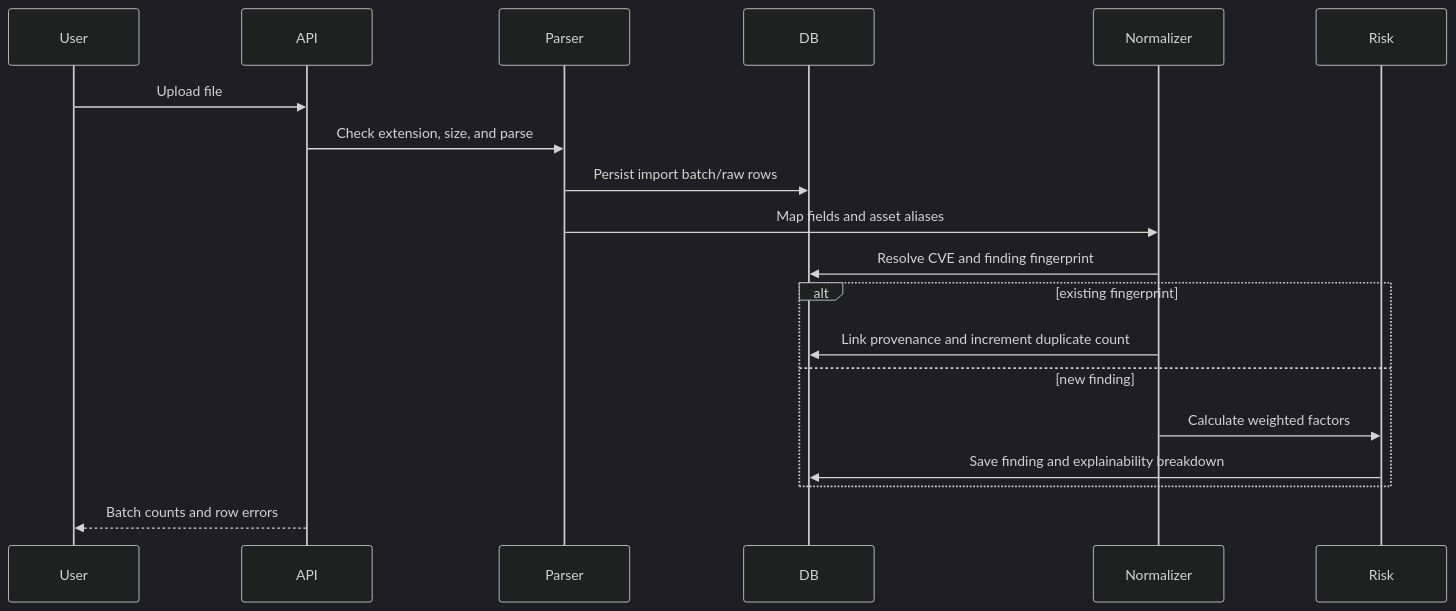
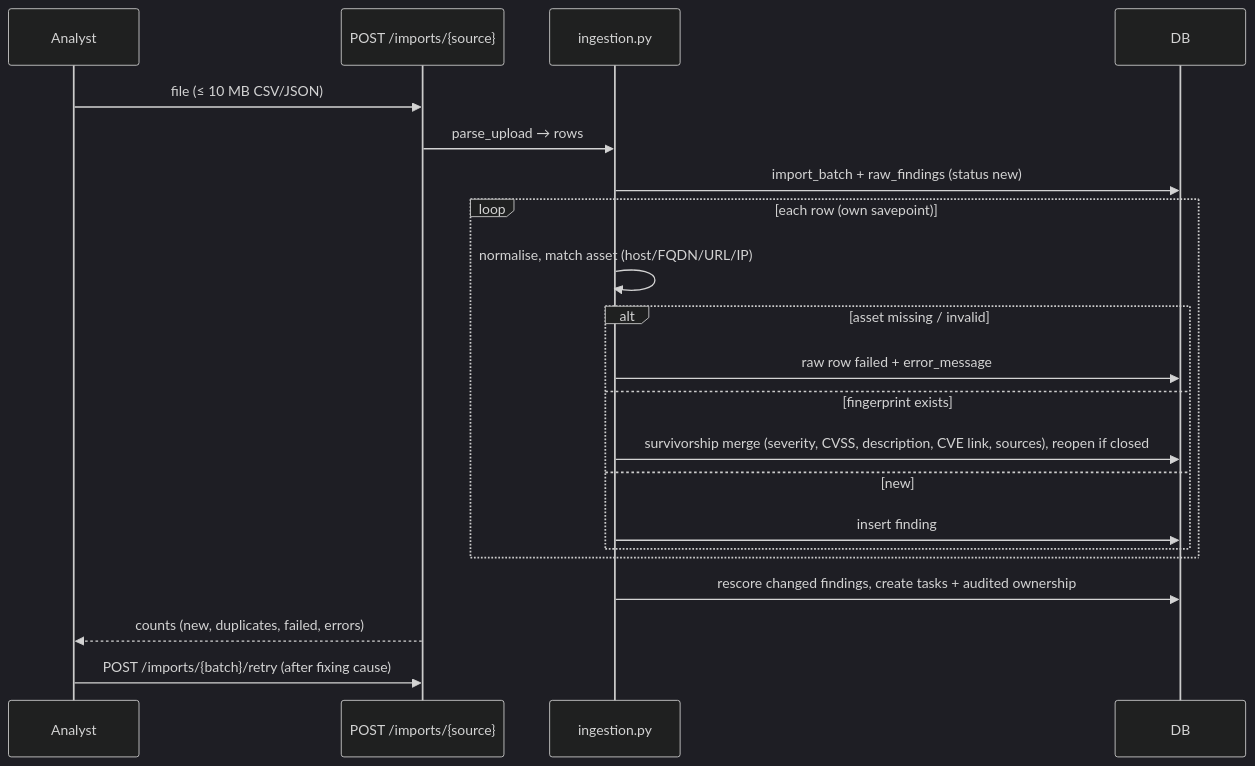
The diagram in docs/diagrams/import-sequence.md (Aniket-001-code/ivm-platform), drawn with Mermaid (dark theme) before and after one commit. The commit also changed other lines of this file and 46 other files, not shown here.

````diff
--- a/docs/diagrams/import-sequence.md
+++ b/docs/diagrams/import-sequence.md
@@ -3,15 +3,23 @@
 ```mermaid
 sequenceDiagram
-  User->>API: Upload file
-  API->>Parser: Check extension, size, and parse
-  Parser->>DB: Persist import batch/raw rows
-  Parser->>Normalizer: Map fields and asset aliases
-  Normalizer->>DB: Resolve CVE and finding fingerprint
-  alt existing fingerprint
-    Normalizer->>DB: Link provenance and increment duplicate count
-  else new finding
-    Normalizer->>Risk: Calculate weighted factors
-    Risk->>DB: Save finding and explainability breakdown
+  participant A as Analyst
+  participant API as POST /imports/{source}
+  participant ING as ingestion.py
+  participant DB
+  A->>API: file (≤ 10 MB CSV/JSON)
+  API->>ING: parse_upload → rows
+  ING->>DB: import_batch + raw_findings (status new)
+  loop each row (own savepoint)
+    ING->>ING: normalise, match asset (host/FQDN/URL/IP)
+    alt asset missing / invalid
+      ING->>DB: raw row failed + error_message
+    else fingerprint exists
+      ING->>DB: survivorship merge (severity, CVSS, description, CVE link, sources), reopen if closed
+    else new
+      ING->>DB: insert finding
+    end
   end
-  API-->>User: Batch counts and row errors
+  ING->>DB: rescore changed findings, create tasks + audited ownership
+  API-->>A: counts (new, duplicates, failed, errors)
+  A->>API: POST /imports/{batch}/retry (after fixing cause)
 ```
````
